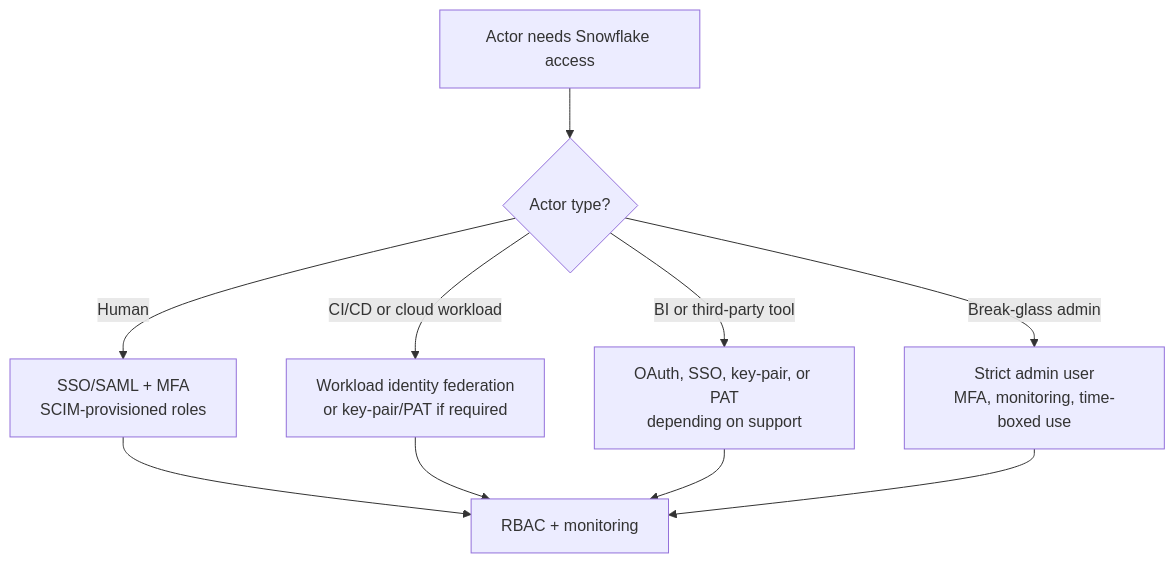
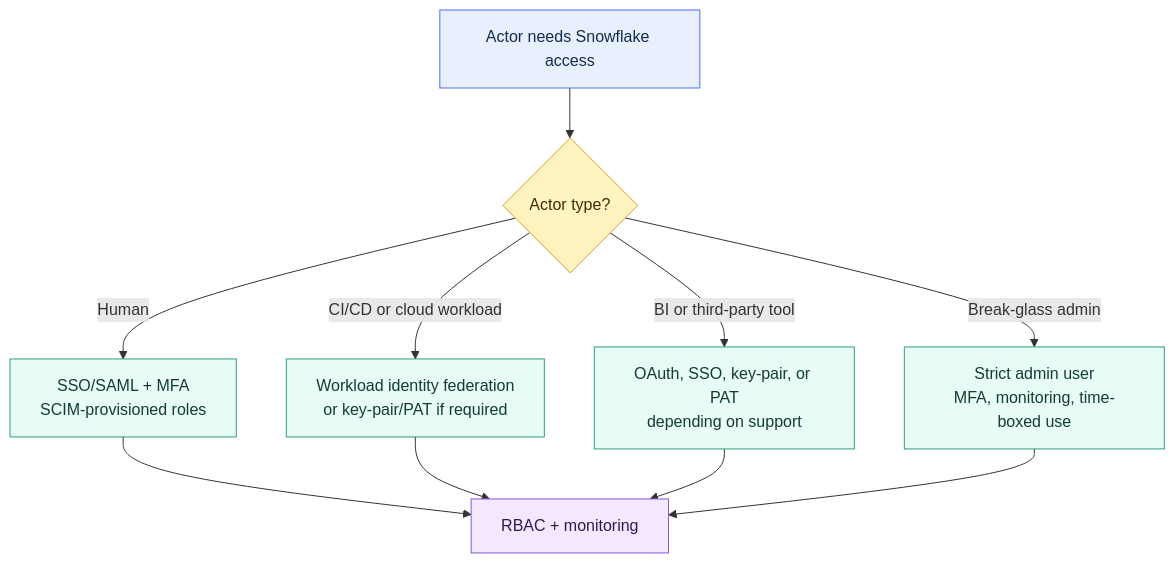
Before and after one commit to shonningsoy/Upskill: the diagram in 01 Snowflake/08 Enterprise Snowflake in Production/56 Authentication and Service Identity Patterns.md, drawn with Mermaid. The commit also changed other lines of this file and 6 other files, not shown here.

````diff
--- a/01 Snowflake/08 Enterprise Snowflake in Production/56 Authentication and Service Identity Patterns.md
+++ b/01 Snowflake/08 Enterprise Snowflake in Production/56 Authentication and Service Identity Patterns.md
@@ -65,12 +66,23 @@
 ```mermaid
 flowchart TD
     A["Actor needs Snowflake access"] --> B{"Actor type?"}
     B -->|Human| C["SSO/SAML + MFA<br/>SCIM-provisioned roles"]
     B -->|CI/CD or cloud workload| D["Workload identity federation<br/>or key-pair/PAT if required"]
     B -->|BI or third-party tool| E["OAuth, SSO, key-pair, or PAT<br/>depending on support"]
     B -->|Break-glass admin| F["Strict admin user<br/>MFA, monitoring, time-boxed use"]
     C --> G["RBAC + monitoring"]
     D --> G
     E --> G
     F --> G
+
+    classDef input fill:#E8F0FE,stroke:#4C6EF5,color:#172B4D
+    classDef control fill:#FFF3BF,stroke:#D69E2E,color:#3D2E00
+    classDef snowflake fill:#E6FCF5,stroke:#2F9E7B,color:#123C34
+    classDef platform fill:#F1F3F5,stroke:#868E96,color:#212529
+    classDef output fill:#F3E8FF,stroke:#805AD5,color:#2D1B4E
+
+    class A input
+    class B control
+    class C,D,E,F snowflake
+    class G output
 ```
````
